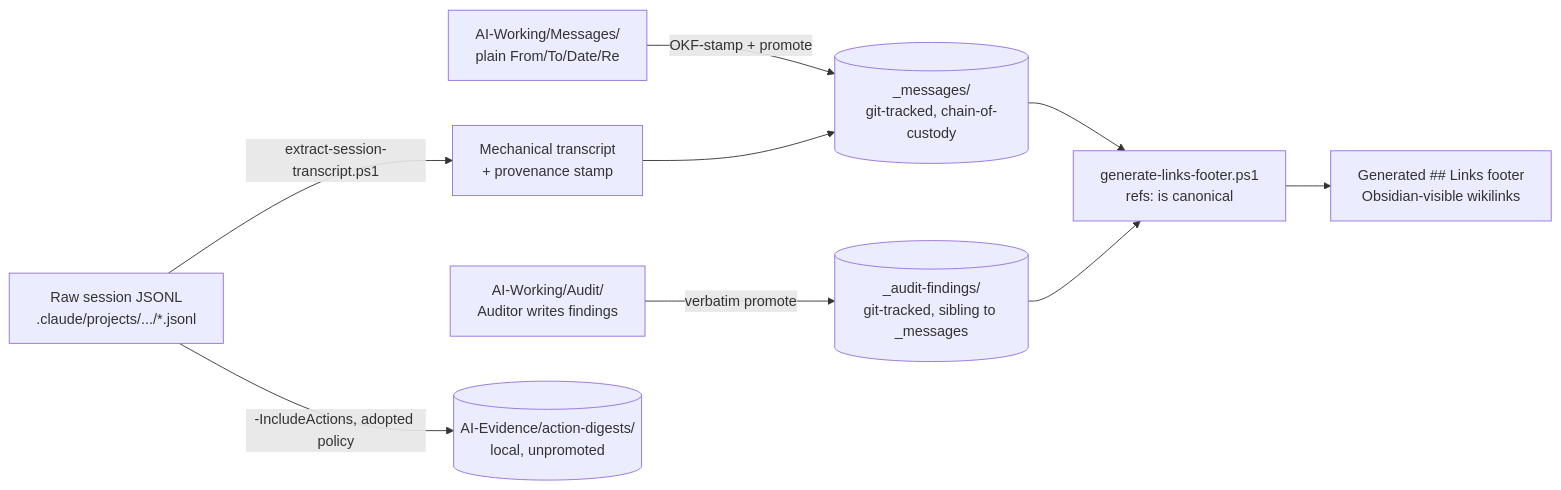
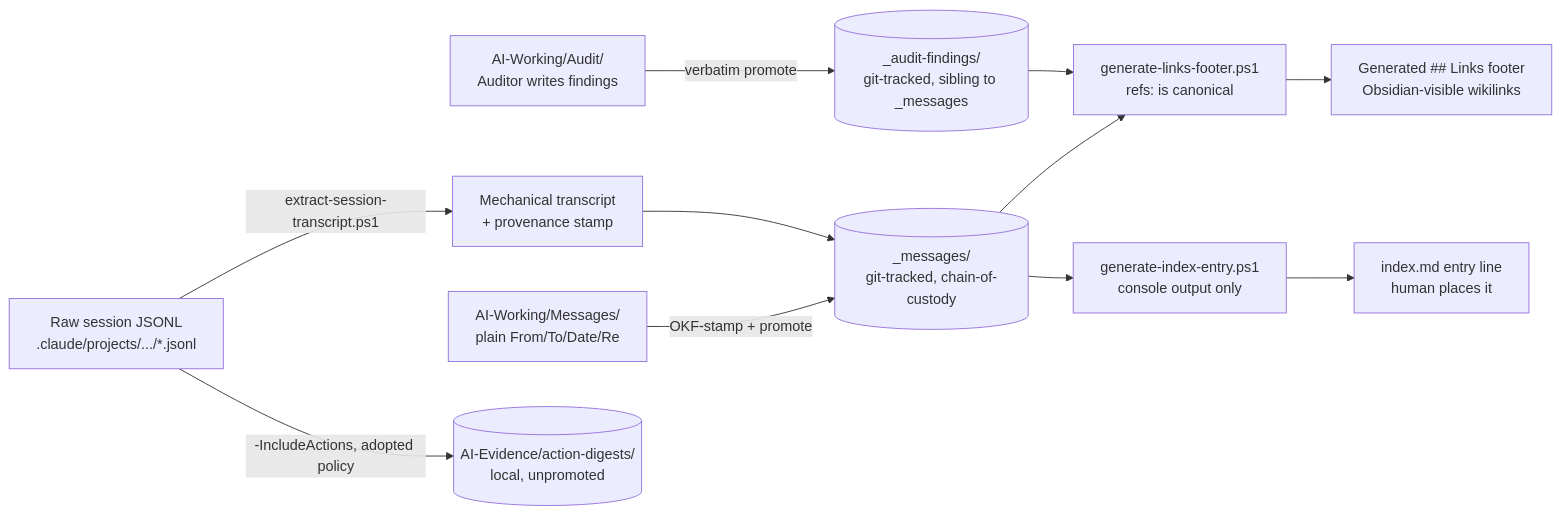
The third of 4 diagrams in _ai-context/system-architecture.md (cameronloudon/cameronloudon.github.io), drawn with Mermaid before and after one commit. The commit also changed other lines of this file, not shown here.

First line of the commit message:
Update system-architecture.md: two real structural gaps closed

````diff
--- a/_ai-context/system-architecture.md
+++ b/_ai-context/system-architecture.md
@@ -84,11 +92,13 @@
 ```mermaid
 flowchart LR
     AWM[AI-Working/Messages/<br/>plain From/To/Date/Re] -->|OKF-stamp + promote| MB[(_messages/<br/>git-tracked, chain-of-custody)]
     AWA[AI-Working/Audit/<br/>Auditor writes findings] -->|verbatim promote| AF[(_audit-findings/<br/>git-tracked, sibling to _messages)]
     MB --> GEN[generate-links-footer.ps1<br/>refs: is canonical]
     AF --> GEN
     GEN --> WL[Generated ## Links footer<br/>Obsidian-visible wikilinks]
+    MB --> GIE[generate-index-entry.ps1<br/>console output only]
+    GIE --> IDX[index.md entry line<br/>human places it]
     JSONL[Raw session JSONL<br/>.claude/projects/.../*.jsonl] -->|extract-session-transcript.ps1| MT[Mechanical transcript<br/>+ provenance stamp]
     JSONL -->|-IncludeActions, adopted policy| AD[(AI-Evidence/action-digests/<br/>local, unpromoted)]
     MT --> MB
 ```
````
